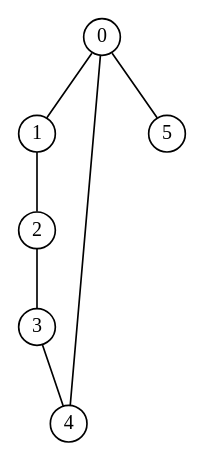
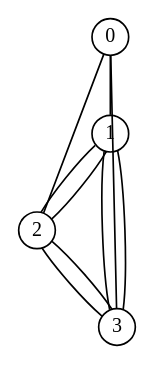
Before and after one commit to Kebab4/romulo: the diagram in export/tmp.gv, drawn with Graphviz. The commit also changed 19 other files, not shown here.

First line of the commit message:
Multiple graphs, Text, binded edges

```diff
--- a/export/tmp.gv
+++ b/export/tmp.gv
@@ -1,12 +1,15 @@
 graph {
 overlap = false;
 splines = false;
 sep=.3;
 node[margin=0, fontsize=12, shape=circle, height=.3, width=.3];
 0 -- 1 [id="0"];
-0 -- 4 [id="0"];
-0 -- 5 [id="0"];
+0 -- 2 [id="0", len=4];
+0 -- 3 [id="0"];
+1 -- 3 [id="0"];
+1 -- 3 [id="1"];
 1 -- 2 [id="0"];
+1 -- 2 [id="1"];
 2 -- 3 [id="0"];
-3 -- 4 [id="0"];
+2 -- 3 [id="1"];
 }
```
